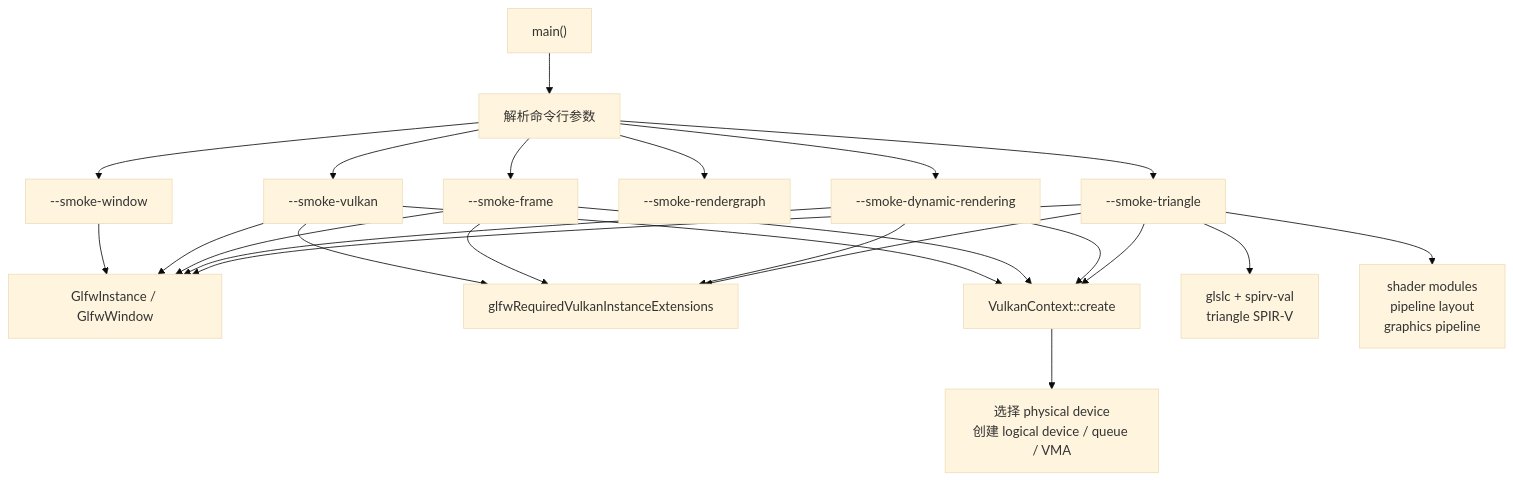
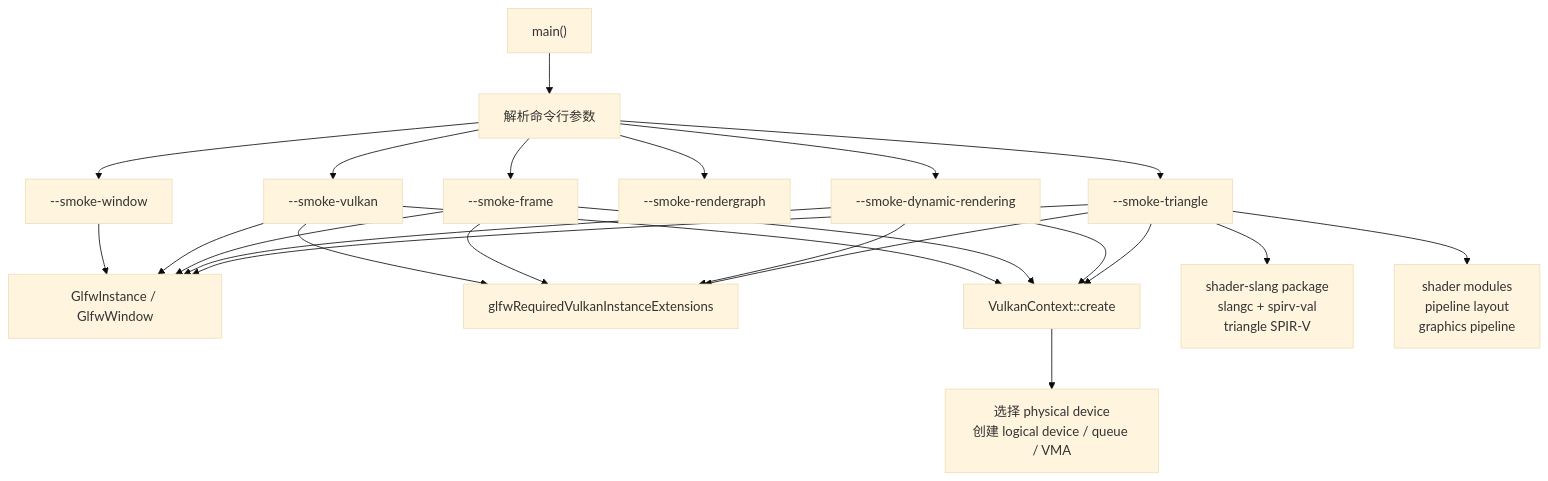
One commit to 66six11/Engine changed the second of 9 diagrams in docs/flow-architecture.md. Above: the diagram before and after it, drawn with Mermaid (base theme). The commit also changed other lines of this file and 11 other files, not shown here.

Commit message:
Move triangle shader build to shader-slang

````diff
--- a/docs/flow-architecture.md
+++ b/docs/flow-architecture.md
@@ -58,41 +58,41 @@
 ```mermaid
 flowchart TD
     Start["main()"]
     Args["解析命令行参数"]
     WindowSmoke["--smoke-window"]
     VulkanSmoke["--smoke-vulkan"]
     FrameSmoke["--smoke-frame"]
     RGSmoke["--smoke-rendergraph"]
     DynamicSmoke["--smoke-dynamic-rendering"]
     TriangleSmoke["--smoke-triangle"]
     GLFW["GlfwInstance / GlfwWindow"]
     Ext["glfwRequiredVulkanInstanceExtensions"]
     Context["VulkanContext::create"]
     Device["选择 physical device<br/>创建 logical device / queue / VMA"]
-    ShaderBuild["glslc + spirv-val<br/>triangle SPIR-V"]
+    ShaderBuild["shader-slang package<br/>slangc + spirv-val<br/>triangle SPIR-V"]
     Pipeline["shader modules<br/>pipeline layout<br/>graphics pipeline"]
 
     Start --> Args
     Args --> WindowSmoke
     Args --> VulkanSmoke
     Args --> FrameSmoke
     Args --> RGSmoke
     Args --> DynamicSmoke
     Args --> TriangleSmoke
     WindowSmoke --> GLFW
     VulkanSmoke --> GLFW
     VulkanSmoke --> Ext
     VulkanSmoke --> Context
     FrameSmoke --> GLFW
     FrameSmoke --> Ext
     FrameSmoke --> Context
     DynamicSmoke --> GLFW
     DynamicSmoke --> Ext
     DynamicSmoke --> Context
     TriangleSmoke --> GLFW
     TriangleSmoke --> Ext
     TriangleSmoke --> Context
     TriangleSmoke --> ShaderBuild
     TriangleSmoke --> Pipeline
     Context --> Device
 ```
````
